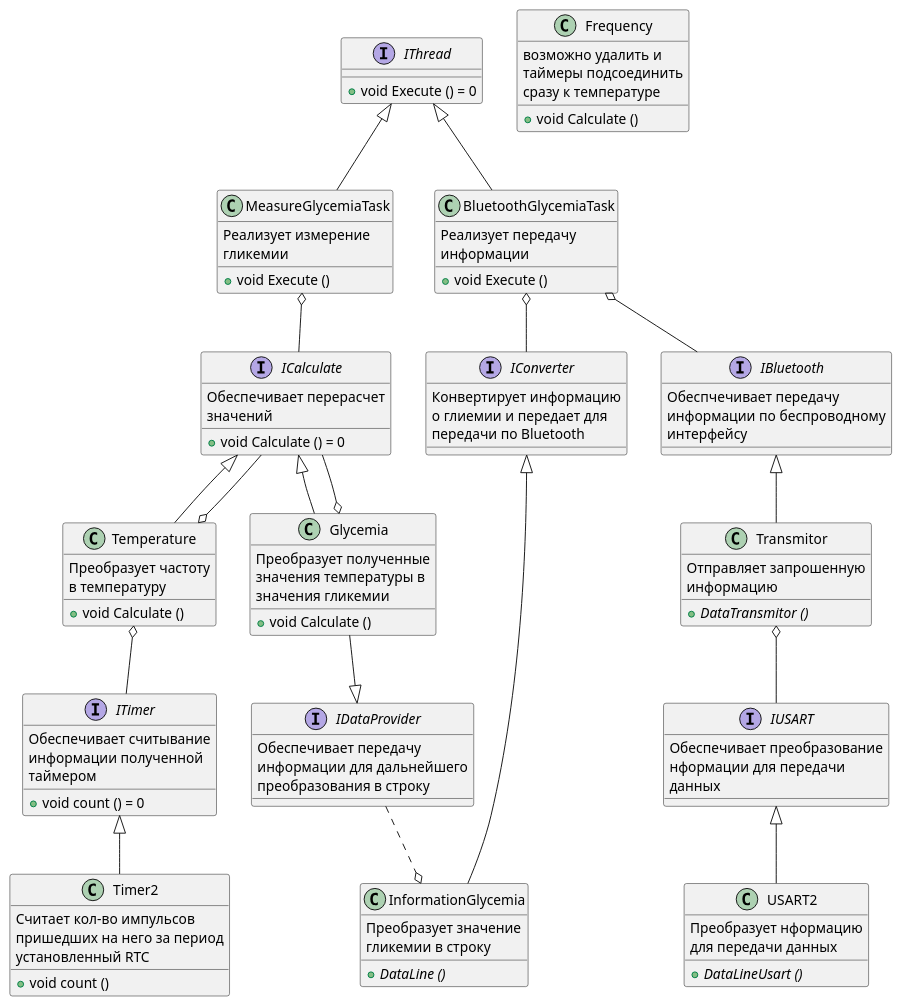
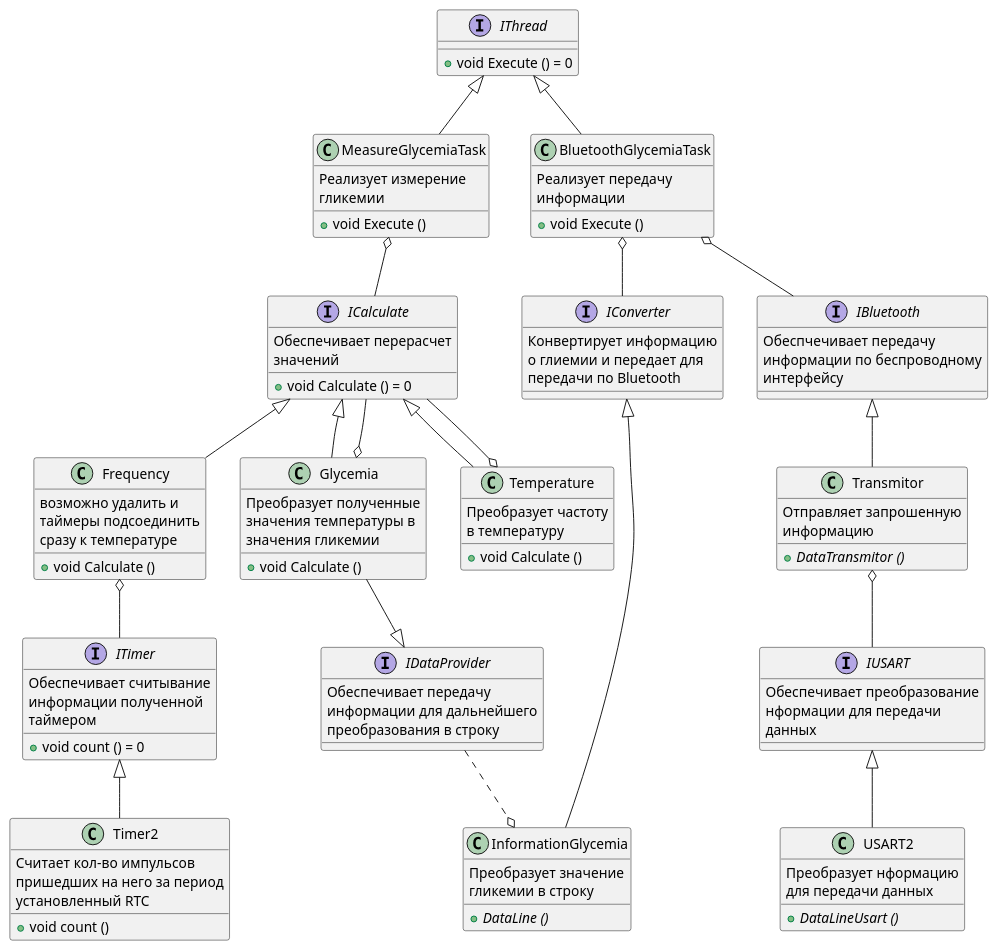
Before and after one commit to Luda-Seliv-KE-413/Kursovoy: the diagram in DOC/Diagram.puml, drawn with PlantUML.

```diff
--- a/DOC/Diagram.puml
+++ b/DOC/Diagram.puml
@@ -1,142 +1,143 @@
 @startuml main 
 
 interface IThread
 {
     + void Execute () = 0
 }
 class MeasureGlycemiaTask
 {
     Реализует измерение
     гликемии
 
     + void Execute ()
 }
 class Glycemia
 {
     Преобразует полученные
     значения температуры в
     значения гликемии
 
      + void Calculate ()
 }
 
 class Temperature
 {
     Преобразует частоту
     в температуру
 
      + void Calculate ()
 }
 
 class Frequency
 {
      возможно удалить и 
      таймеры подсоединить
      сразу к температуре
      
      + void Calculate ()
 }
 
 IThread <|-down- MeasureGlycemiaTask
 ICalculate -up-o MeasureGlycemiaTask
 ICalculate <|-- Glycemia
 ICalculate --o Glycemia
 Temperature -up-|> ICalculate
 ICalculate --o Temperature
+Frequency -up-|> ICalculate
 
 class BluetoothGlycemiaTask
 {
     Реализует передачу
     информации
 
      + void Execute ()
 }
 class USART2
 {
     Преобразует нформацию
     для передачи данных
     
     + {abstract} DataLineUsart ()
 }
 class Transmitor
 {
     Отправляет запрошенную
     информацию
     
     + {abstract} DataTransmitor ()
 }
 interface ICalculate
 {
     Обеспечивает перерасчет
     значений
 
     + void Calculate () = 0
 }
 
 class InformationGlycemia
 {
     Преобразует значение 
     гликемии в строку
     
     + {abstract} DataLine ()
 }
 interface IBluetooth
 {
     Обеспчечивает передачу 
     информации по беспроводному
     интерфейсу
 }
 interface IUSART
 {
     Обеспечивает преобразование 
     нформации для передачи 
     данных
 }
 interface IConverter
 {
     Конвертирует информацию 
     о глиемии и передает для 
     передачи по Bluetooth
 }
 interface IDataProvider
 {
     Обеспечивает передачу 
     информации для дальнейшего 
     преобразования в строку
 }
 
 IThread <|-- BluetoothGlycemiaTask
 BluetoothGlycemiaTask o-- IBluetooth
 Transmitor -up-|> IBluetooth
 IUSART -up-o Transmitor
 USART2 -up-|> IUSART
 InformationGlycemia -up-|> IConverter
 IConverter -up-o BluetoothGlycemiaTask
 
 
 InformationGlycemia o.up.IDataProvider
 Glycemia --|> IDataProvider
 
 
 
 interface ITimer
 {
     Обеспечивает считывание
     информации полученной
     таймером
 
     + void count () = 0
 }
 class Timer2
 {
     Считает кол-во импульсов
     пришедших на него за период 
     установленный RTC
 
     + void count ()
 }
 
-ITimer -up-o Temperature
+ITimer -up-o Frequency
 Timer2 -up-|> ITimer
 
 @enduml
```
